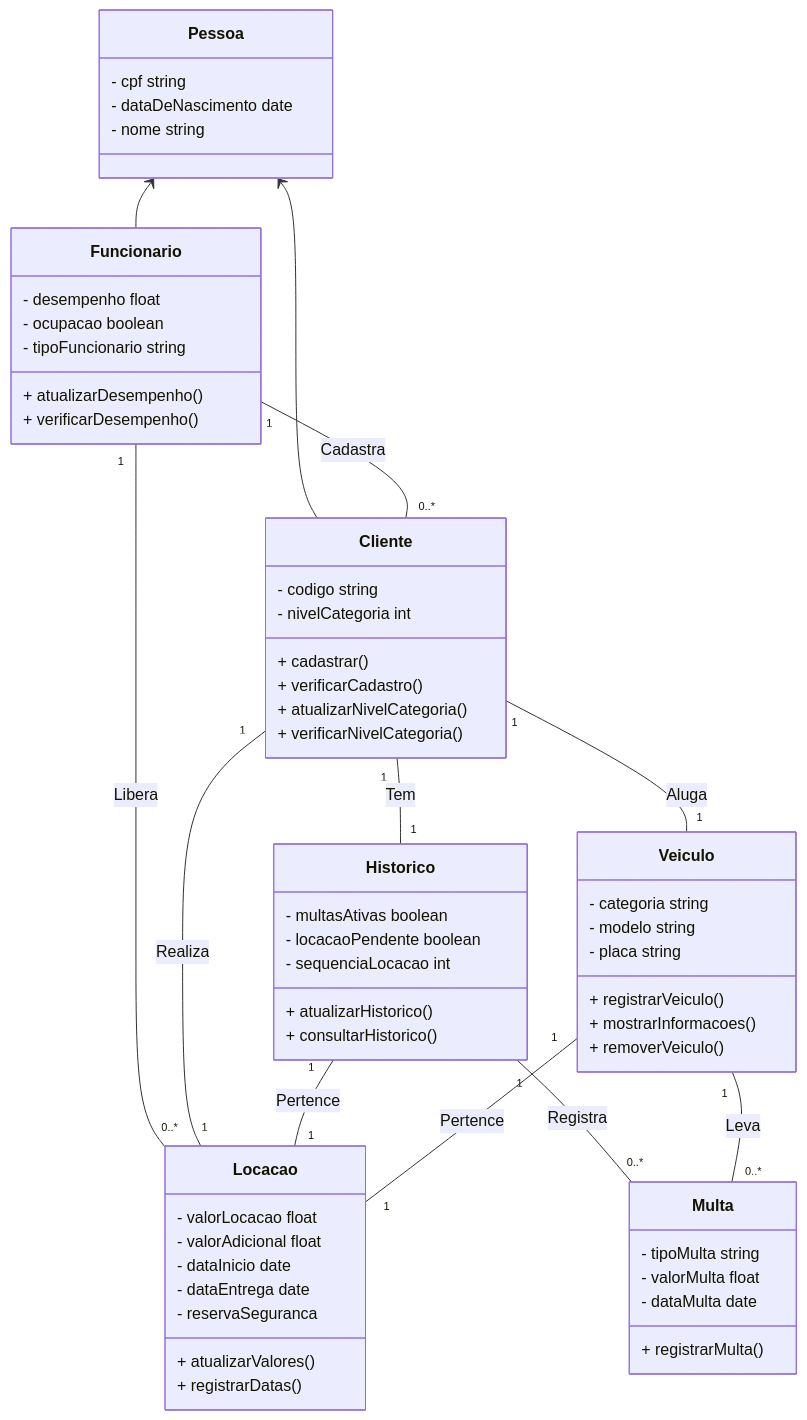
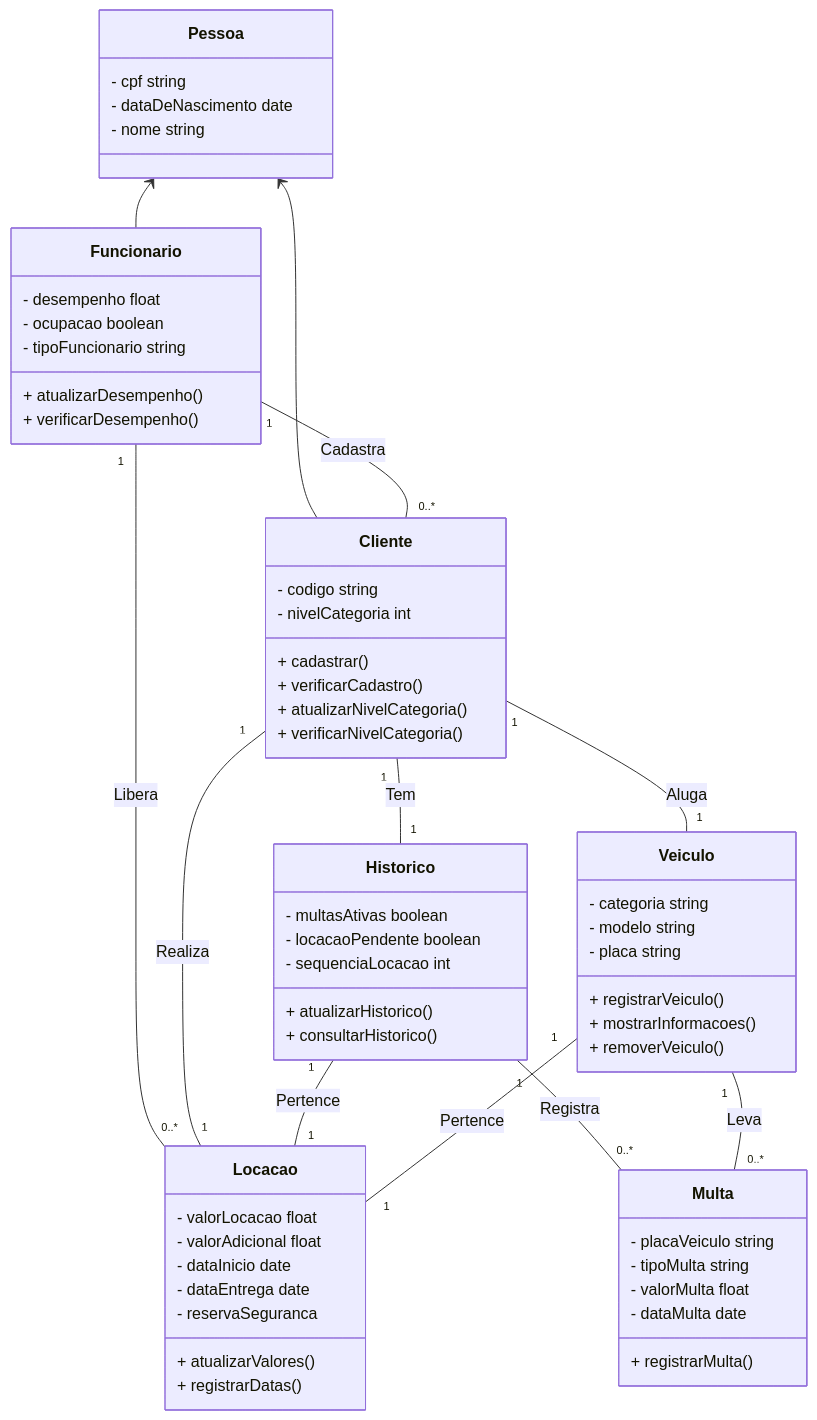
One commit to iagorosa28/mod_software changed the diagram in README.md. Above: the diagram before and after it, drawn with Mermaid.

````diff
--- a/README.md
+++ b/README.md
@@ -62,71 +62,72 @@
 ```mermaid
 classDiagram
   Pessoa <-- Cliente
   Pessoa <-- Funcionario
   Funcionario "1" -- "0..*" Cliente : Cadastra
   Funcionario "1" -- "0..*" Locacao : Libera
   Cliente "1" -- "1" Locacao : Realiza
   Cliente "1" -- "1" Veiculo : Aluga
   Cliente "1" -- "1" Historico : Tem
   Historico "1" -- "1" Locacao : Pertence
   Historico "1" -- "0..*" Multa : Registra
   Veiculo "1" -- "1" Locacao : Pertence
   Veiculo "1" -- "0..*" Multa : Leva
 
   class Pessoa{
   - cpf string
   - dataDeNascimento date
   - nome string
   }
 
   class Cliente{
   - codigo string
   - nivelCategoria int
   + cadastrar()
   + verificarCadastro()
   + atualizarNivelCategoria()
   + verificarNivelCategoria()
   }
 
   class Funcionario{
   - desempenho float
   - ocupacao boolean
   - tipoFuncionario string
   + atualizarDesempenho()
   + verificarDesempenho()
   }
 
   class Historico{
   - multasAtivas boolean
   - locacaoPendente boolean
   - sequenciaLocacao int
   + atualizarHistorico()
   + consultarHistorico()
   }
 
   class Locacao{
   - valorLocacao float
   - valorAdicional float
   - dataInicio date
   - dataEntrega date
   - reservaSeguranca
   + atualizarValores()
   + registrarDatas()
   }
 
   class Veiculo{
   - categoria string
   - modelo string
   - placa string
   + registrarVeiculo()
   + mostrarInformacoes()
   + removerVeiculo()
   }
 
   class Multa{
+  - placaVeiculo string
   - tipoMulta string
   - valorMulta float
   - dataMulta date
   + registrarMulta()
   }
 ```
````
